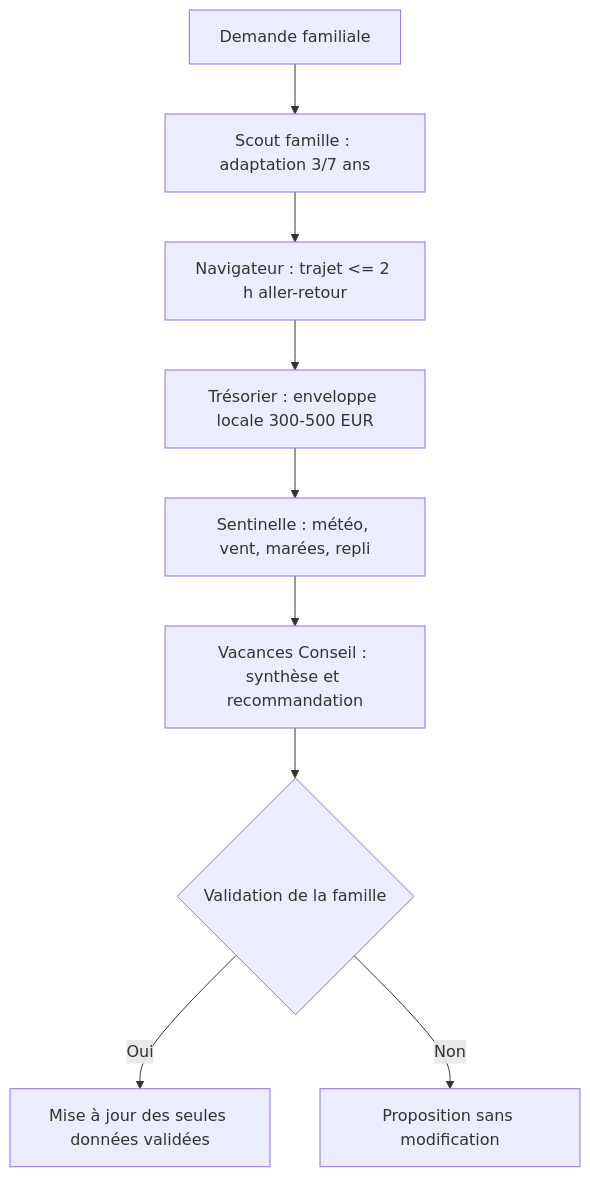
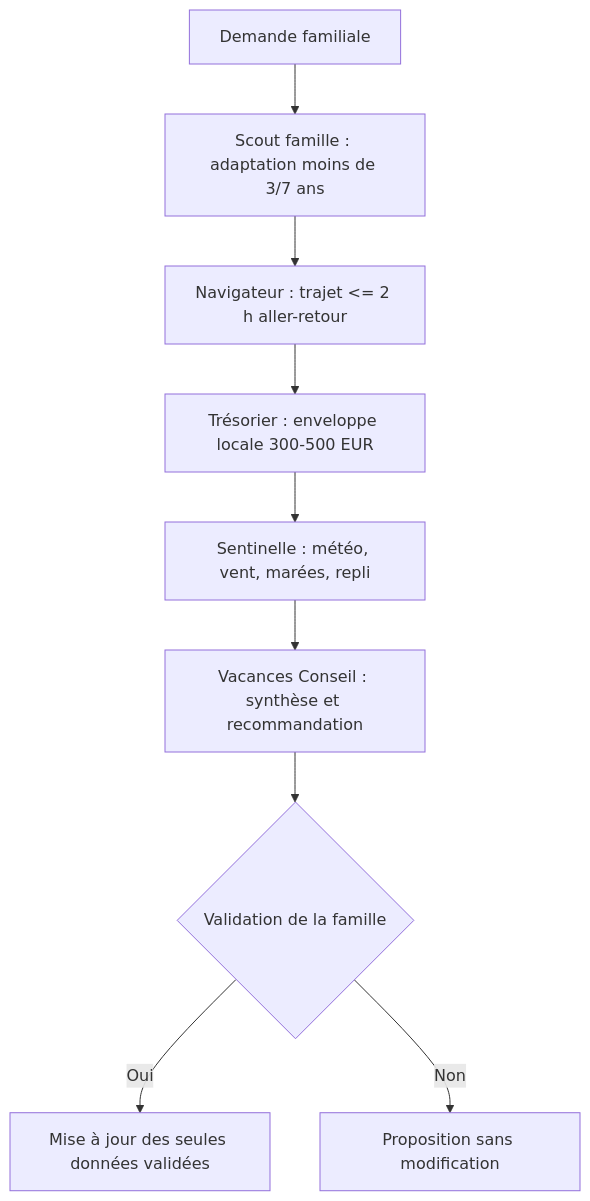
The diagram in README.md (rbatos/vacances-agent-system-cancale), drawn with Mermaid before and after one commit. The commit also changed other lines of this file and 13 other files, not shown here.

````diff
--- a/README.md
+++ b/README.md
@@ -15,11 +15,11 @@
 ```mermaid
 graph TD
-    A[Demande familiale] --> B[Scout famille : adaptation 3/7 ans]
+    A[Demande familiale] -->     B[Scout famille : adaptation moins de 3/7 ans]
     B --> C[Navigateur : trajet <= 2 h aller-retour]
     C --> D[Trésorier : enveloppe locale 300-500 EUR]
     D --> E[Sentinelle : météo, vent, marées, repli]
     E --> F[Vacances Conseil : synthèse et recommandation]
     F --> G{Validation de la famille}
     G -->|Oui| H[Mise à jour des seules données validées]
     G -->|Non| I[Proposition sans modification]
 ```
````
